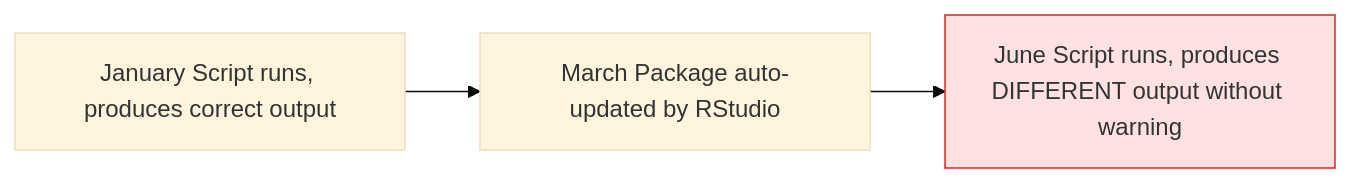
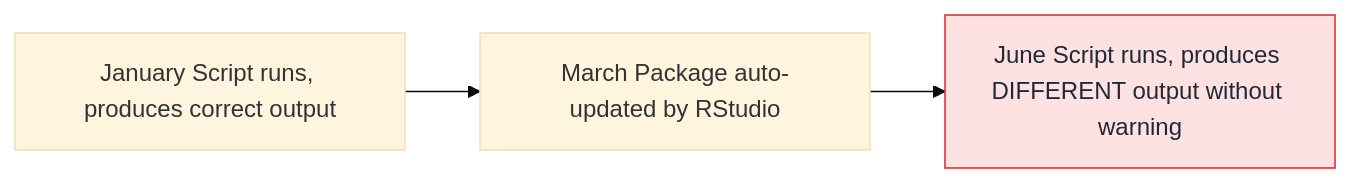
Before and after one commit to Ch3w3y/docker_gcp: the first of 3 diagrams in docs/case-for-change.md, drawn with Mermaid (base theme). The commit also changed 7 other files, not shown here.

First line of the commit message:
fix(docs): fix Mermaid contrast for dark mode and replace \n with <br/>

````diff
--- a/docs/case-for-change.md
+++ b/docs/case-for-change.md
@@ -15,10 +15,10 @@
 ```mermaid
 flowchart LR
     A["January Script runs, produces correct output"]
     B["March Package auto-updated by RStudio"]
     C["June Script runs, produces DIFFERENT output without warning"]
 
     A --> B --> C
 
-    style C fill:#fee2e2,stroke:#dc2626
+    style C fill:#fee2e2,stroke:#dc2626,color:#1f2937
 ```
````
